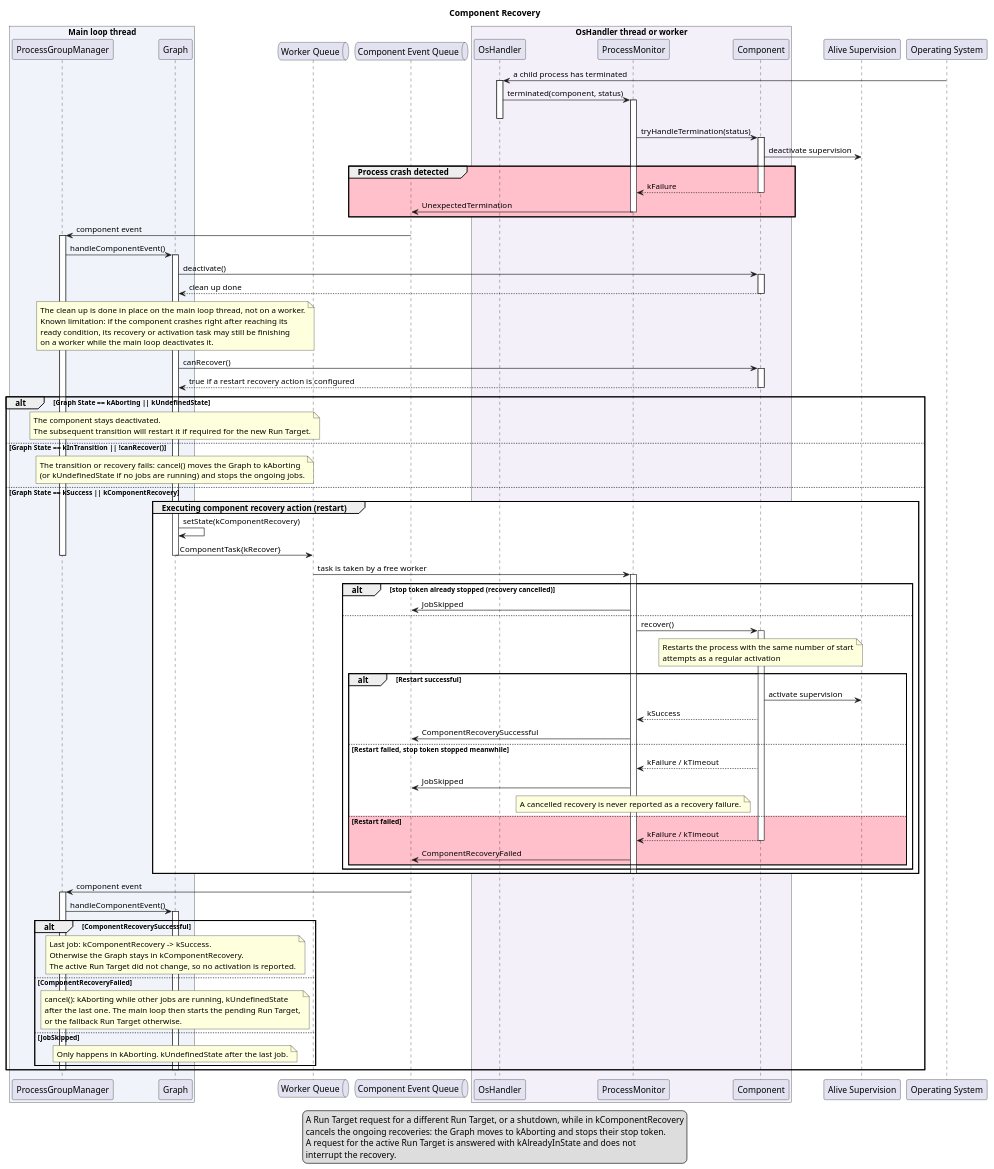
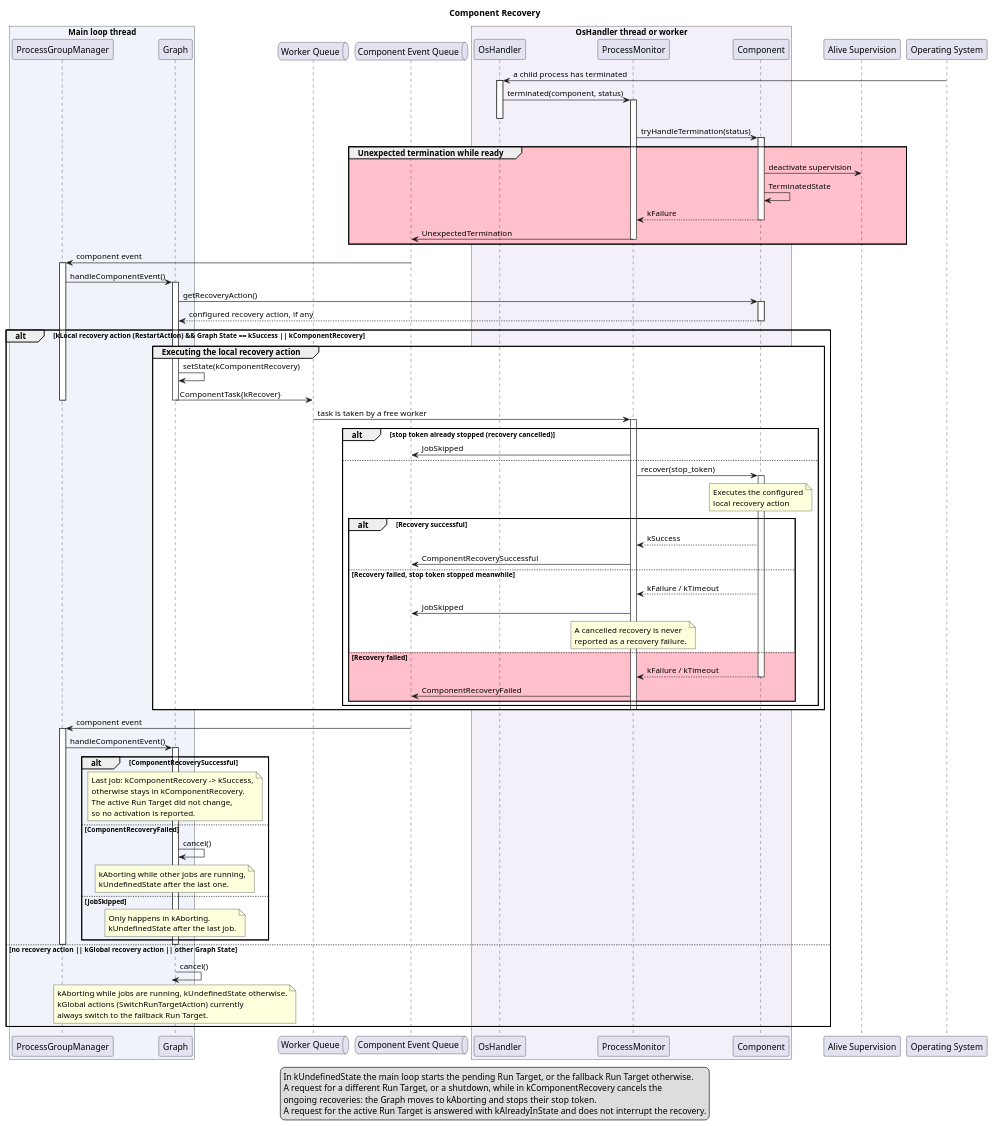
One commit to eclipse-score/lifecycle changed the diagram in score/launch_manager/docs/detailed_design/_assets/component_recovery.puml. Above: the diagram before and after it, drawn with PlantUML. The commit also changed 4 other files, not shown here.

```diff
--- a/score/launch_manager/docs/detailed_design/_assets/component_recovery.puml
+++ b/score/launch_manager/docs/detailed_design/_assets/component_recovery.puml
@@ -14,132 +14,124 @@
 @startuml component_recovery
 
 title Component Recovery
 
 box "Main loop thread" #F0F4FA
 participant "ProcessGroupManager" as PGM
 participant "Graph" as Graph
 end box
 
 queue "Worker Queue" as WorkerQueue
 queue "Component Event Queue" as EventQueue
 
 box "OsHandler thread or worker" #F4F0FA
 participant "OsHandler" as OsHandler
 participant "ProcessMonitor" as Monitor
 participant "Component" as Component
 end box
 
 participant "Alive Supervision" as Supervision
 participant "Operating System" as OS
 
 ' --- Process crash detection ---------------------------------------------------------------
 OS -> OsHandler ++: a child process has terminated
 OsHandler -> Monitor ++: terminated(component, status)
 deactivate OsHandler
 
 Monitor -> Component ++: tryHandleTermination(status)
-Component -> Supervision: deactivate supervision
 
-group #Pink Process crash detected
+group #Pink Unexpected termination while ready
+  Component -> Supervision: deactivate supervision
+  Component -> Component: TerminatedState
   Component --> Monitor: kFailure
   deactivate Component
   Monitor -> EventQueue: UnexpectedTermination
   deactivate Monitor
 end group
 
 ' --- reaction ----------------------------------------------------------------
 EventQueue -> PGM ++: component event
 PGM -> Graph ++: handleComponentEvent()
 
-Graph -> Component ++: deactivate()
-Component --> Graph --: clean up done
-note over Graph
-  The clean up is done in place on the main loop thread, not on a worker.
-  Known limitation: if the component crashes right after reaching its
-  ready condition, its recovery or activation task may still be finishing
-  on a worker while the main loop deactivates it.
-end note
+Graph -> Component ++: getRecoveryAction()
+return configured recovery action, if any
 
-' --- recovery ----------------------------------------------------------------
-Graph -> Component ++: canRecover()
-return true if a restart recovery action is configured
-
-alt Graph State == kAborting || kUndefinedState
-  note over Graph
-  The component stays deactivated.
-  The subsequent transition will restart it if required for the new Run Target.
-  end note
-else Graph State == kInTransition || !canRecover()
-  note over Graph
-  The transition or recovery fails: cancel() moves the Graph to kAborting
-  (or kUndefinedState if no jobs are running) and stops the ongoing jobs.
-  end note
-else Graph State == kSuccess || kComponentRecovery
-  group #White Executing component recovery action (restart)
+alt kLocal recovery action (RestartAction) && Graph State == kSuccess || kComponentRecovery
+  group #White Executing the local recovery action
     Graph -> Graph: setState(kComponentRecovery)
     Graph -> WorkerQueue: ComponentTask{kRecover}
     deactivate Graph
     deactivate PGM
 
     WorkerQueue -> Monitor ++: task is taken by a free worker
 
     alt stop token already stopped (recovery cancelled)
       Monitor -> EventQueue: JobSkipped
     else
-      Monitor -> Component ++: recover()
+      Monitor -> Component ++: recover(stop_token)
       note over Component
-        Restarts the process with the same number of start
-        attempts as a regular activation
+        Executes the configured
+        local recovery action
       end note
 
-      alt Restart successful
-        Component -> Supervision: activate supervision
+      alt Recovery successful
         Component --> Monitor: kSuccess
         Monitor -> EventQueue: ComponentRecoverySuccessful
-      else Restart failed, stop token stopped meanwhile
+      else Recovery failed, stop token stopped meanwhile
         Component --> Monitor: kFailure / kTimeout
         Monitor -> EventQueue: JobSkipped
         note over Monitor
-          A cancelled recovery is never reported as a recovery failure.
+          A cancelled recovery is never
+          reported as a recovery failure.
         end note
-      else #Pink Restart failed
+      else #Pink Recovery failed
         Component --> Monitor: kFailure / kTimeout
         deactivate Component
         Monitor -> EventQueue: ComponentRecoveryFailed
       end alt
     end alt
     deactivate Monitor
   end group
 
   ' --- result ---------------------------------------------------------------
   EventQueue -> PGM ++: component event
   PGM -> Graph ++: handleComponentEvent()
   alt ComponentRecoverySuccessful
     note over Graph
-      Last job: kComponentRecovery -> kSuccess.
-      Otherwise the Graph stays in kComponentRecovery.
-      The active Run Target did not change, so no activation is reported.
+      Last job: kComponentRecovery -> kSuccess,
+      otherwise stays in kComponentRecovery.
+      The active Run Target did not change,
+      so no activation is reported.
     end note
   else ComponentRecoveryFailed
+    Graph -> Graph: cancel()
     note over Graph
-      cancel(): kAborting while other jobs are running, kUndefinedState
-      after the last one. The main loop then starts the pending Run Target,
-      or the fallback Run Target otherwise.
+      kAborting while other jobs are running,
+      kUndefinedState after the last one.
     end note
   else JobSkipped
     note over Graph
-      Only happens in kAborting. kUndefinedState after the last job.
+      Only happens in kAborting.
+      kUndefinedState after the last job.
     end note
   end alt
+  deactivate Graph
+  deactivate PGM
+else no recovery action || kGlobal recovery action || other Graph State
+  Graph -> Graph: cancel()
+  note over Graph
+    kAborting while jobs are running, kUndefinedState otherwise.
+    kGlobal actions (SwitchRunTargetAction) currently
+    always switch to the fallback Run Target.
+  end note
   deactivate Graph
   deactivate PGM
 end alt
 
 legend bottom
-  A Run Target request for a different Run Target, or a shutdown, while in kComponentRecovery
-  cancels the ongoing recoveries: the Graph moves to kAborting and stops their stop token.
-  A request for the active Run Target is answered with kAlreadyInState and does not
-  interrupt the recovery.
+  In kUndefinedState the main loop starts the pending Run Target, or the fallback Run Target otherwise.
+  A request for a different Run Target, or a shutdown, while in kComponentRecovery cancels the
+  ongoing recoveries: the Graph moves to kAborting and stops their stop token.
+  A request for the active Run Target is answered with kAlreadyInState and does not interrupt the recovery.
 end legend
 
 @enduml
```
